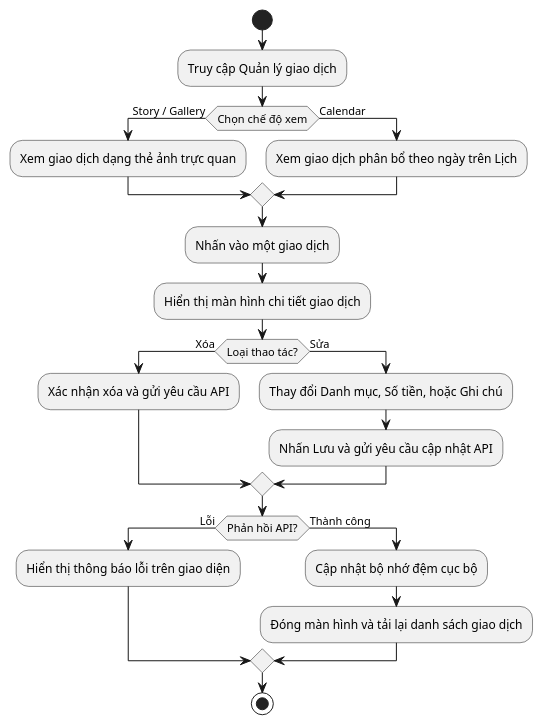
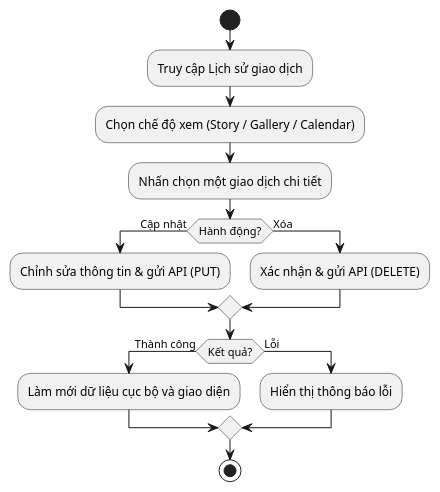
One commit to maikhang160504/spending-diary changed diagram 15 of 28 in Luan_van_Hoan_chinh.md. Above: the diagram before and after it, drawn with PlantUML. The commit also changed other lines of this file and 72 other files, not shown here.

````diff
--- a/Luan_van_Hoan_chinh.md
+++ b/Luan_van_Hoan_chinh.md
@@ -1043,26 +1126,19 @@
 ```plantuml
 @startuml
 start
-:Truy cập Quản lý giao dịch;
-if (Chọn chế độ xem) then (Story / Gallery)
-  :Xem giao dịch dạng thẻ ảnh trực quan;
-else (Calendar)
-  :Xem giao dịch phân bổ theo ngày trên Lịch;
+:Truy cập Lịch sử giao dịch;
+:Chọn chế độ xem (Story / Gallery / Calendar);
+:Nhấn chọn một giao dịch chi tiết;
+if (Hành động?) then (Cập nhật)
+  :Chỉnh sửa thông tin & gửi API (PUT);
+else (Xóa)
+  :Xác nhận & gửi API (DELETE);
 endif
-:Nhấn vào một giao dịch;
-:Hiển thị màn hình chi tiết giao dịch;
-if (Loại thao tác?) then (Xóa)
-  :Xác nhận xóa và gửi yêu cầu API;
-else (Sửa)
-  :Thay đổi Danh mục, Số tiền, hoặc Ghi chú;
-  :Nhấn Lưu và gửi yêu cầu cập nhật API;
-endif
-if (Phản hồi API?) then (Lỗi)
-  :Hiển thị thông báo lỗi trên giao diện;
-else (Thành công)
-  :Cập nhật bộ nhớ đệm cục bộ;
-  :Đóng màn hình và tải lại danh sách giao dịch;
+if (Kết quả?) then (Thành công)
+  :Làm mới dữ liệu cục bộ và giao diện;
+else (Lỗi)
+  :Hiển thị thông báo lỗi;
 endif
 stop
 @enduml
 ```
````
